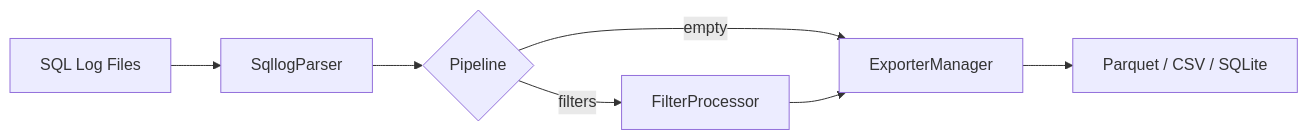
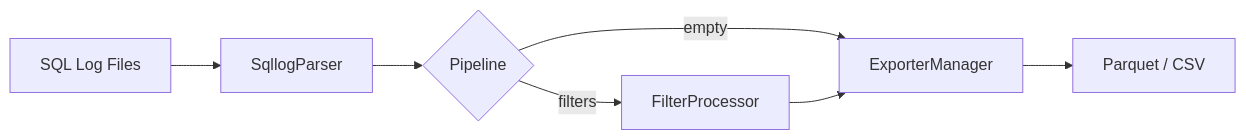
The diagram in README.md (guangl/dm-database-sqllog2db), drawn with Mermaid before and after one commit. The commit also changed other lines of this file and 248 other files, not shown here.

````diff
--- a/README.md
+++ b/README.md
@@ -58,9 +56,9 @@
 ```mermaid
 graph LR
     A[SQL Log Files] --> B[SqllogParser]
     B --> C{Pipeline}
     C -->|empty| D[ExporterManager]
     C -->|filters| E[FilterProcessor]
     E --> D
-    D --> F[Parquet / CSV / SQLite]
+    D --> F[Parquet / CSV]
 ```
````
